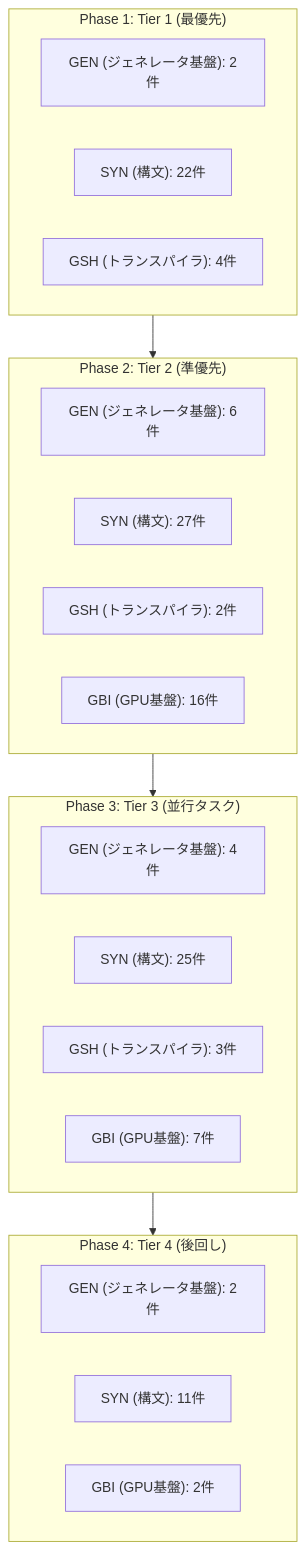
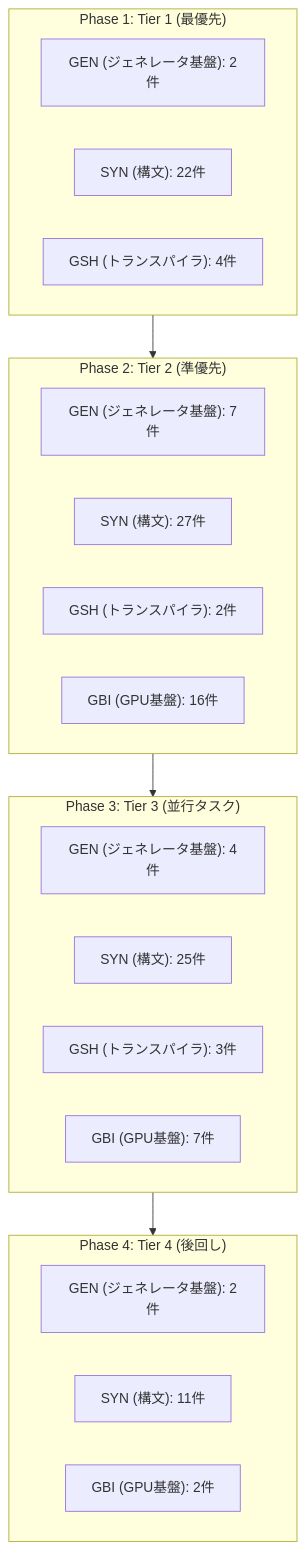
One commit to kassyi/Henicos changed the diagram in docs/roadmap-index.md. Above: the diagram before and after it, drawn with Mermaid. The commit also changed other lines of this file and 3 other files, not shown here.

First line of the commit message:
docs(roadmap): add GEN-15 task and sync roadmap index

````diff
--- a/docs/roadmap-index.md
+++ b/docs/roadmap-index.md
@@ -26,36 +26,36 @@
 ```mermaid
 flowchart TD
     subgraph Phase1["Phase 1: Tier 1 (最優先)"]
         direction LR
         Phase1_GEN["GEN (ジェネレータ基盤): 2件"]
         Phase1_SYN["SYN (構文): 22件"]
         Phase1_GSH["GSH (トランスパイラ): 4件"]
     end
 
     subgraph Phase2["Phase 2: Tier 2 (準優先)"]
         direction LR
-        Phase2_GEN["GEN (ジェネレータ基盤): 6件"]
+        Phase2_GEN["GEN (ジェネレータ基盤): 7件"]
         Phase2_SYN["SYN (構文): 27件"]
         Phase2_GSH["GSH (トランスパイラ): 2件"]
         Phase2_GBI["GBI (GPU基盤): 16件"]
     end
 
     subgraph Phase3["Phase 3: Tier 3 (並行タスク)"]
         direction LR
         Phase3_GEN["GEN (ジェネレータ基盤): 4件"]
         Phase3_SYN["SYN (構文): 25件"]
         Phase3_GSH["GSH (トランスパイラ): 3件"]
         Phase3_GBI["GBI (GPU基盤): 7件"]
     end
 
     subgraph Phase4["Phase 4: Tier 4 (後回し)"]
         direction LR
         Phase4_GEN["GEN (ジェネレータ基盤): 2件"]
         Phase4_SYN["SYN (構文): 11件"]
         Phase4_GBI["GBI (GPU基盤): 2件"]
     end
 
     Phase1 --> Phase2
     Phase2 --> Phase3
     Phase3 --> Phase4
 ```
````
